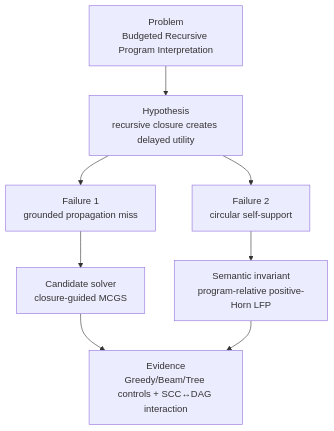
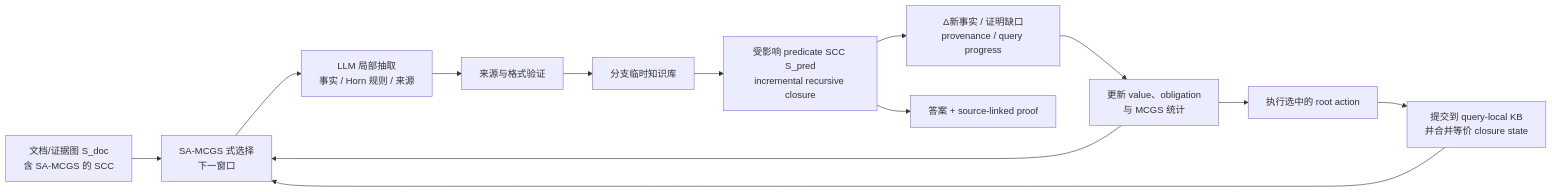
One commit to chenqianwan/SA-MCGS changed the first of 5 diagrams in 2026NAACL/LFP_MCGS_LITERATURE_REVIEW.md. Above: the diagram before and after it, drawn with Mermaid. The commit also changed other lines of this file, not shown here.

Commit message:
docs: reframe LFP-MCGS literature review around recursive closure

````diff
--- a/2026NAACL/LFP_MCGS_LITERATURE_REVIEW.md
+++ b/2026NAACL/LFP_MCGS_LITERATURE_REVIEW.md
@@ -68,11 +34,15 @@
-~~~mermaid
-flowchart TB
-  P["Problem<br/>Budgeted Recursive Program Interpretation"]
-  P --> H["Hypothesis<br/>recursive closure creates delayed utility"]
-  H --> F1["Failure 1<br/>grounded propagation miss"]
-  H --> F2["Failure 2<br/>circular self-support"]
-  F1 --> M["Candidate solver<br/>closure-guided MCGS"]
-  F2 --> L["Semantic invariant<br/>program-relative positive-Horn LFP"]
-  M --> E["Evidence<br/>Greedy/Beam/Tree controls + SCC↔DAG interaction"]
-  L --> E
-~~~
+```mermaid
+flowchart LR
+  G["文档/证据图 S_doc<br/>含 SA-MCGS 的 SCC"] --> S["SA-MCGS 式选择<br/>下一窗口"]
+  S --> L["LLM 局部抽取<br/>事实 / Horn 规则 / 来源"]
+  L --> V["来源与格式验证"]
+  V --> B["分支临时知识库"]
+  B --> C["受影响 predicate SCC S_pred<br/>incremental recursive closure"]
+  C --> D["Δ新事实 / 证明缺口<br/>provenance / query progress"]
+  D --> U["更新 value、obligation<br/>与 MCGS 统计"]
+  U --> S
+  U --> M["执行选中的 root action"]
+  M --> K["提交到 query-local KB<br/>并合并等价 closure state"]
+  K --> S
+  C --> O["答案 + source-linked proof"]
+```
````
